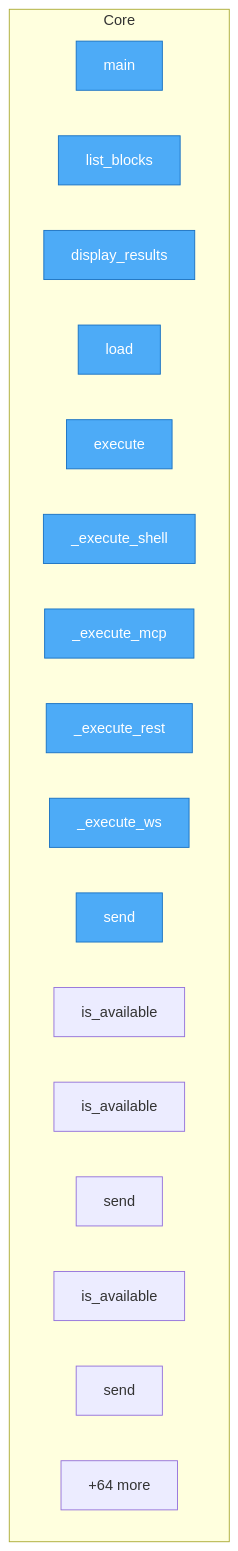
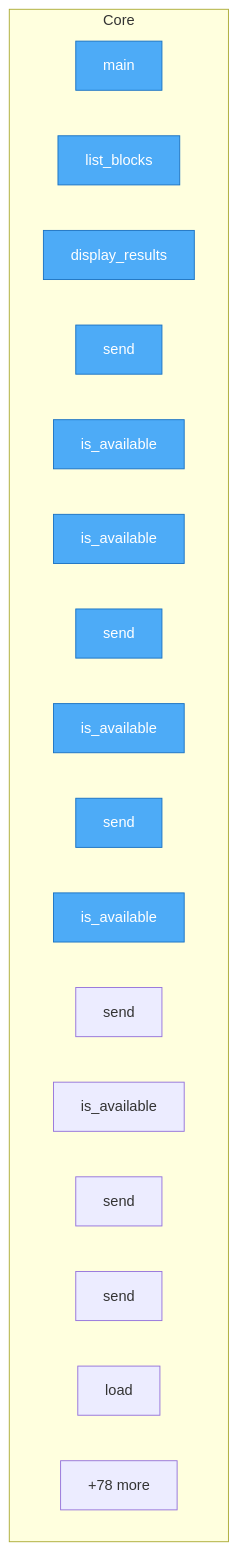
Before and after one commit to pactown-com/propact: the diagram in project/flow.mmd, drawn with Mermaid. The commit also changed 31 other files, not shown here.

```diff
--- a/project/flow.mmd
+++ b/project/flow.mmd
@@ -1,25 +1,25 @@
 flowchart TD
 
     %% Entry points (blue)
     classDef entry fill:#4dabf7,stroke:#1971c2,color:#fff
 
     subgraph Core
         src__propact__cli__main["main"]
         src__propact__cli__list_blocks["list_blocks"]
         src__propact__cli__display_results["display_results"]
-        src__propact__core__ToonPact__load["load"]
-        src__propact__core__ToonPact__execute["execute"]
-        src__propact__core__ToonPact___execute_shell["_execute_shell"]
-        src__propact__core__ToonPact___execute_mcp["_execute_mcp"]
-        src__propact__core__ToonPact___execute_rest["_execute_rest"]
-        src__propact__core__ToonPact___execute_ws["_execute_ws"]
         src__propact__adapters__BaseProtocolAdapter__send["send"]
         src__propact__adapters__BaseProtocolAdapter__is_available["is_available"]
         src__propact__adapters__GRPCAdapter__is_available["is_available"]
         src__propact__adapters__GRPCAdapter__send["send"]
         src__propact__adapters__GraphQLAdapter__is_available["is_available"]
         src__propact__adapters__GraphQLAdapter__send["send"]
-        ...["+64 more"]
+        src__propact__adapters__MQTTAdapter__is_available["is_available"]
+        src__propact__adapters__MQTTAdapter__send["send"]
+        src__propact__adapters__SOAPAdapter__is_available["is_available"]
+        src__propact__adapters__SOAPAdapter__send["send"]
+        src__propact__adapters__EmailAdapter__send["send"]
+        src__propact__core__ToonPact__load["load"]
+        ...["+78 more"]
     end
 
-    class src__propact__cli__main,src__propact__cli__list_blocks,src__propact__cli__display_results,src__propact__core__ToonPact__load,src__propact__core__ToonPact__execute,src__propact__core__ToonPact___execute_shell,src__propact__core__ToonPact___execute_mcp,src__propact__core__ToonPact___execute_rest,src__propact__core__ToonPact___execute_ws,src__propact__adapters__BaseProtocolAdapter__send entry
+    class src__propact__cli__main,src__propact__cli__list_blocks,src__propact__cli__display_results,src__propact__adapters__BaseProtocolAdapter__send,src__propact__adapters__BaseProtocolAdapter__is_available,src__propact__adapters__GRPCAdapter__is_available,src__propact__adapters__GRPCAdapter__send,src__propact__adapters__GraphQLAdapter__is_available,src__propact__adapters__GraphQLAdapter__send,src__propact__adapters__MQTTAdapter__is_available entry
```
